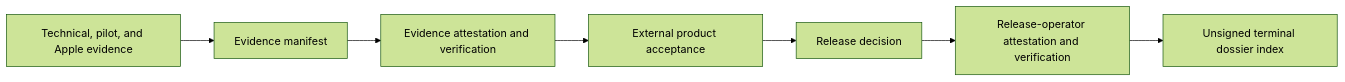
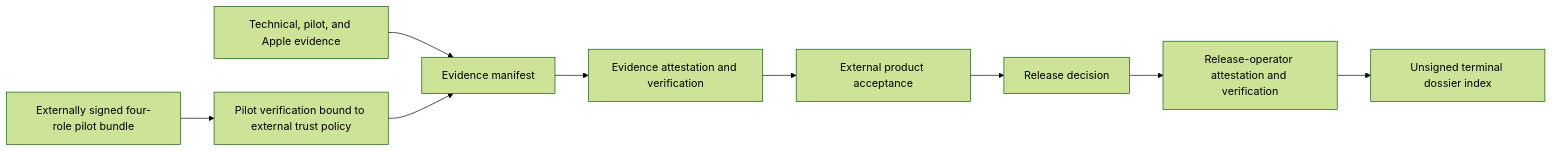
The diagram in docs/release-candidate-dossier.md (oleksandrmelnychenko/aura-runtime), drawn with Mermaid (forest theme) before and after one commit. The commit also changed other lines of this file and 20 other files, not shown here.

````diff
--- a/docs/release-candidate-dossier.md
+++ b/docs/release-candidate-dossier.md
@@ -11,9 +12,11 @@
 ```mermaid
 flowchart LR
     T["Technical, pilot, and Apple evidence"] --> E["Evidence manifest"]
+    PS["Externally signed four-role pilot bundle"] --> PV["Pilot verification bound to external trust policy"]
+    PV --> E
     E --> EA["Evidence attestation and verification"]
     EA --> P["External product acceptance"]
     P --> D["Release decision"]
     D --> S["Release-operator attestation and verification"]
     S --> X["Unsigned terminal dossier index"]
 ```
````
